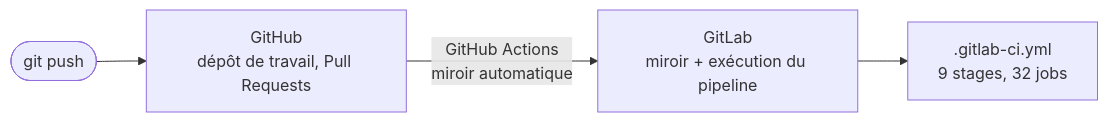
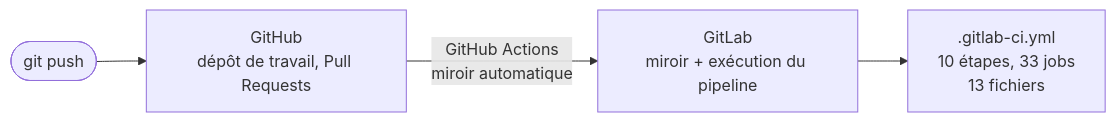
Before and after one commit to TedPasquiet/G-rez-le-cycle-de-vie-de-d-veloppement-logiciel: the fifth of 8 diagrams in ARCHITECTURE.md, drawn with Mermaid. The commit also changed other lines of this file and 22 other files, not shown here.

Commit message:
refactor(ci): découpe le pipeline en 13 fichiers et le passe en graphe

````diff
--- a/ARCHITECTURE.md
+++ b/ARCHITECTURE.md
@@ -186,6 +189,6 @@
 ```mermaid
 flowchart LR
     dev([git push]) --> gh[GitHub<br/>dépôt de travail, Pull Requests]
     gh -->|GitHub Actions<br/>miroir automatique| gl[GitLab<br/>miroir + exécution du pipeline]
-    gl --> ci[".gitlab-ci.yml<br/>9 stages, 32 jobs"]
+    gl --> ci[".gitlab-ci.yml<br/>10 étapes, 33 jobs<br/>13 fichiers"]
 ```
````
